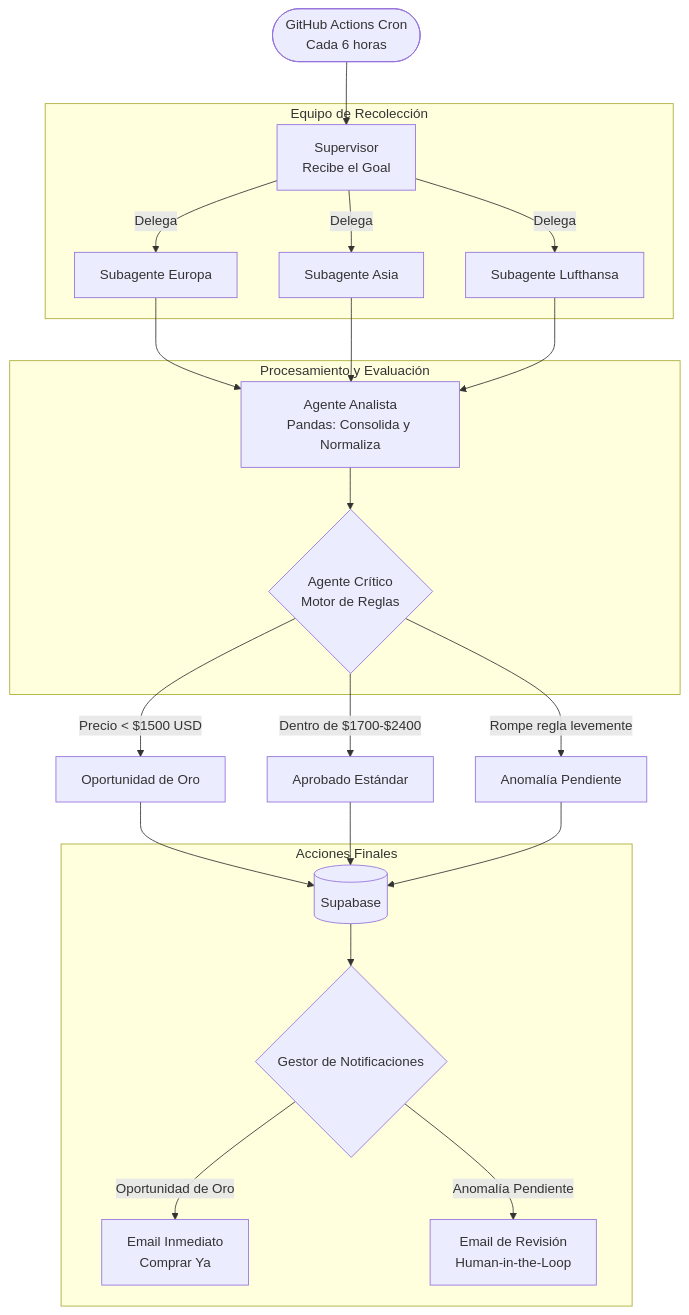
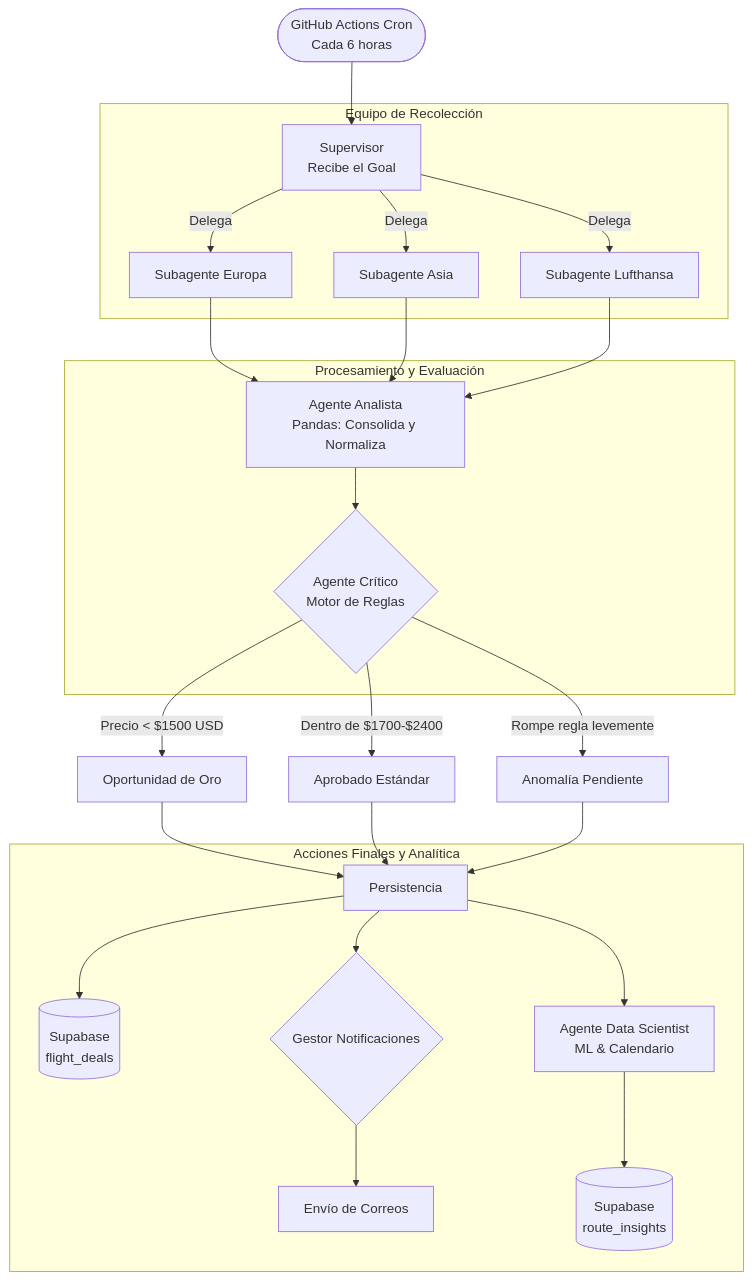
One commit to Bomastulacio/FLY-HUNTER changed the diagram in README.md. Above: the diagram before and after it, drawn with Mermaid. The commit also changed other lines of this file, not shown here.

Commit message:
docs: update README with Data Scientist agent and 3D UI

````diff
--- a/README.md
+++ b/README.md
@@ -19,33 +19,36 @@
 ```mermaid
 graph TD
     Trigger([GitHub Actions Cron<br>Cada 6 horas]) --> Sup
     
     subgraph Equipo de Recolección
         Sup[Supervisor<br>Recibe el Goal] -->|Delega| AE[Subagente Europa]
         Sup -->|Delega| AA[Subagente Asia]
         Sup -->|Delega| AC[Subagente Lufthansa]
     end
 
     AE --> Analista
     AA --> Analista
     AC --> Analista
 
     subgraph Procesamiento y Evaluación
         Analista[Agente Analista<br>Pandas: Consolida y Normaliza] --> Critico
         Critico{Agente Crítico<br>Motor de Reglas}
     end
 
     Critico -->|Precio < $1500 USD| Oro[Oportunidad de Oro]
     Critico -->|Dentro de $1700-$2400| OK[Aprobado Estándar]
     Critico -->|Rompe regla levemente| Anomalia[Anomalía Pendiente]
 
-    Oro --> DB[(Supabase)]
-    OK --> DB
-    Anomalia --> DB
+    Oro --> Persist[Persistencia]
+    OK --> Persist
+    Anomalia --> Persist
 
-    subgraph Acciones Finales
-        DB --> Notif{Gestor de Notificaciones}
-        Notif -->|Oportunidad de Oro| Email1[Email Inmediato<br>Comprar Ya]
-        Notif -->|Anomalía Pendiente| Email2[Email de Revisión<br>Human-in-the-Loop]
+    subgraph Acciones Finales y Analítica
+        Persist --> DB[(Supabase<br>flight_deals)]
+        Persist --> Notif{Gestor Notificaciones}
+        Notif --> Email[Envío de Correos]
+        
+        Persist --> DS[Agente Data Scientist<br>ML & Calendario]
+        DS --> DB2[(Supabase<br>route_insights)]
     end
 ```
````
